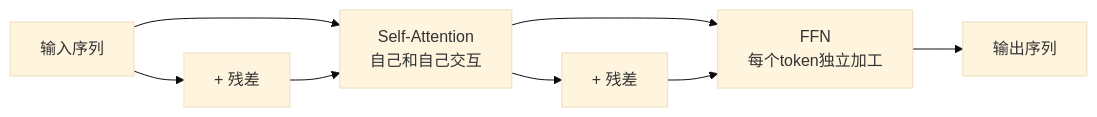
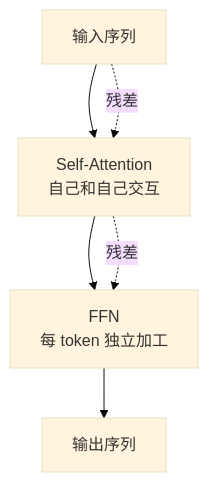
One commit to salad18/AutoDriveLearningNote changed the fifth of 8 diagrams in 01-基础理论/模型架构演进.md. Above: the diagram before and after it, drawn with Mermaid (base theme). The commit also changed other lines of this file and 40 other files, not shown here.

First line of the commit message:
docs: 新增数据闭环/面试/热点系列笔记，mermaid 图统一竖排

````diff
--- a/01-基础理论/模型架构演进.md
+++ b/01-基础理论/模型架构演进.md
@@ -135,8 +125,8 @@
 ```mermaid
-graph LR
+flowchart TD
     X[输入序列] --> SA[Self-Attention<br/>自己和自己交互]
-    SA --> FFN[FFN<br/>每个token独立加工]
-    FFN --> X2[输出序列]
-    X --> Add1[+ 残差] --> SA
-    SA --> Add2[+ 残差] --> FFN
+    SA --> FFN[FFN<br/>每 token 独立加工]
+    FFN --> O[输出序列]
+    X -.残差.-> SA
+    SA -.残差.-> FFN
 ```
````
